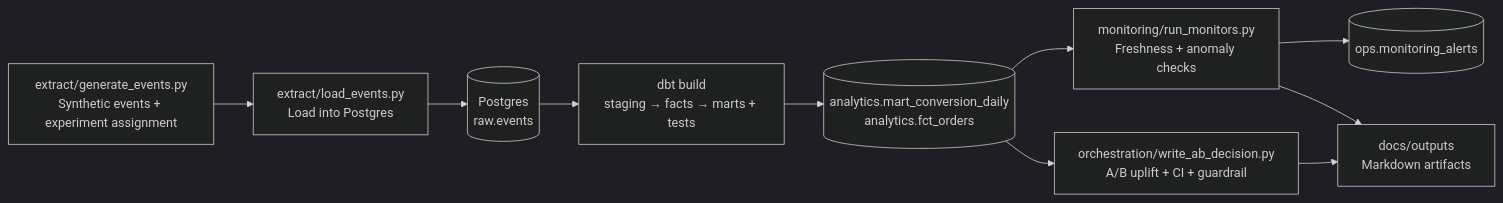
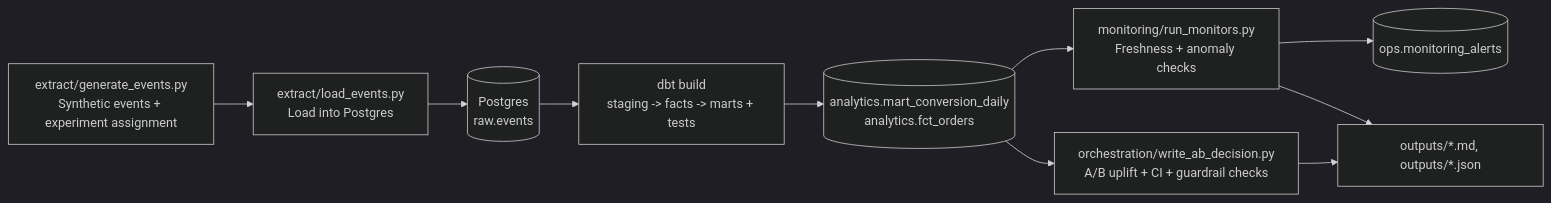
Before and after one commit to martynas816/product-analytics-ab-testing-pipeline: the diagram in README.md, drawn with Mermaid (dark theme). The commit also changed other lines of this file, not shown here.

````diff
--- a/README.md
+++ b/README.md
@@ -56,12 +62,12 @@
 ```mermaid
 flowchart LR
   A[extract/generate_events.py\nSynthetic events + experiment assignment] --> B[extract/load_events.py\nLoad into Postgres]
   B --> C[(Postgres\nraw.events)]
-  C --> D[dbt build\nstaging → facts → marts + tests]
+  C --> D[dbt build\nstaging -> facts -> marts + tests]
   D --> E[(analytics.mart_conversion_daily\nanalytics.fct_orders)]
   E --> F[monitoring/run_monitors.py\nFreshness + anomaly checks]
-  E --> G[orchestration/write_ab_decision.py\nA/B uplift + CI + guardrail]
+  E --> G[orchestration/write_ab_decision.py\nA/B uplift + CI + guardrail checks]
   F --> H[(ops.monitoring_alerts)]
-  G --> I[docs/outputs\nMarkdown artifacts]
+  G --> I[outputs/*.md, outputs/*.json]
   F --> I
 ```
````
